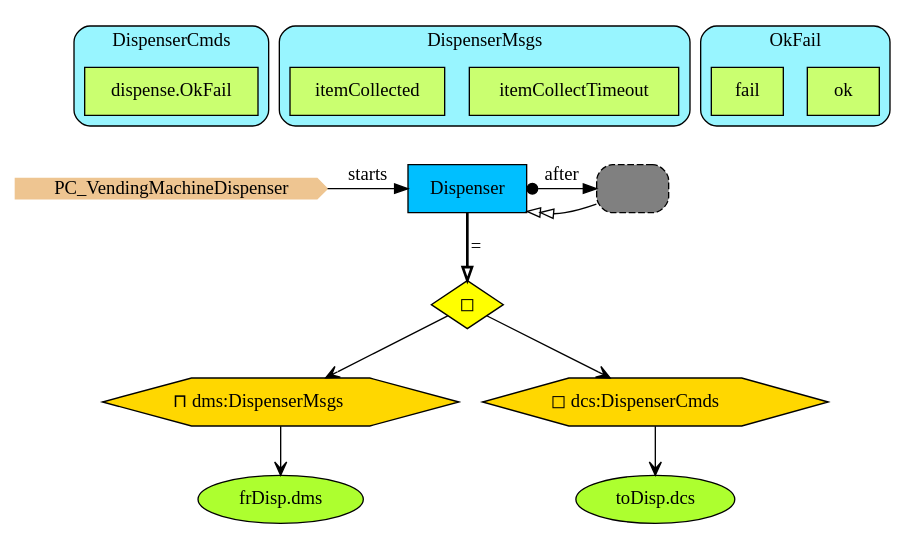
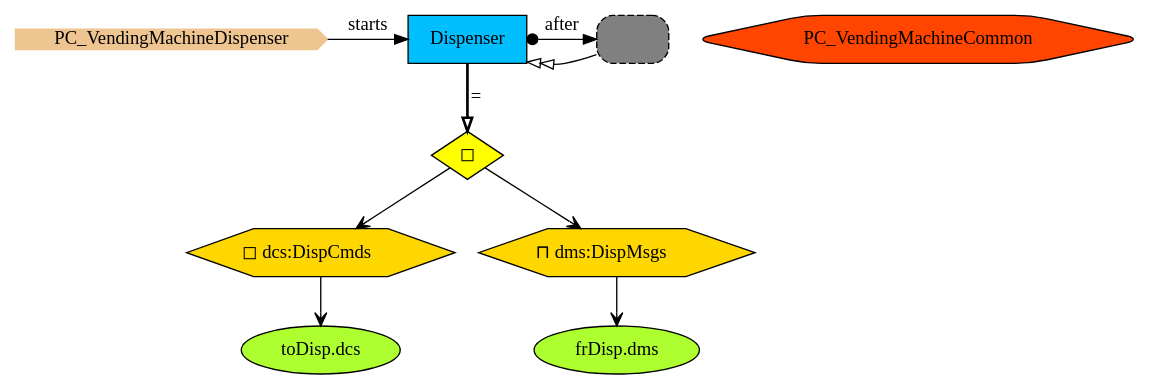
The diagram in Haskell/PCs/Examples/img/PC_VendingMachineDispenser.gv (namalio/Fragmenta), drawn with Graphviz before and after one commit. The commit also changed 100 other files, not shown here.

```diff
--- a/Haskell/PCs/Examples/img/PC_VendingMachineDispenser.gv
+++ b/Haskell/PCs/Examples/img/PC_VendingMachineDispenser.gv
@@ -1,48 +1,25 @@
 digraph {
-subgraph cluster_DispenserCmds {
-style="filled,rounded";
-label =DispenserCmds;
-fillcolor = cadetblue1;
-dispense[shape=box,fillcolor=darkolivegreen1,style="filled",label="dispense.OkFail"];
-}
 
-subgraph cluster_DispenserMsgs {
-style="filled,rounded";
-label =DispenserMsgs;
-fillcolor = cadetblue1;
-itemCollectTimeout[shape=box,fillcolor=darkolivegreen1,style="filled",label="itemCollectTimeout"];
-itemCollected[shape=box,fillcolor=darkolivegreen1,style="filled",label="itemCollected"];
-}
-
-subgraph cluster_OkFail {
-style="filled,rounded";
-label =OkFail;
-fillcolor = cadetblue1;
-ok[shape=box,fillcolor=darkolivegreen1,style="filled",label="ok"];
-fail[shape=box,fillcolor=darkolivegreen1,style="filled",label="fail"];
-}
-
-
-dispense->StartN_[style=invis]
 StartN_ [shape = cds,color=burlywood2,style=filled,height=.2,width=.2, label =PC_VendingMachineDispenser];
 
+VMCI [shape=hexagon,fillcolor=orangered,style="filled,rounded",label =PC_VendingMachineCommon];
+OpDispenser [shape=diamond,fillcolor=yellow,style=filled,label="◻︎"];
+DispO [shape=hexagon,fillcolor=gold1,style=filled,label=<◻︎ dcs:DispCmds>];
+ado [shape=ellipse,fillcolor=greenyellow,style=filled,label="toDisp.dcs"];
+RefDispenser [shape=rectangle,fillcolor=gray,style="rounded,filled,dashed",label=""];
+adi [shape=ellipse,fillcolor=greenyellow,style=filled,label="frDisp.dms"];
+DispI [shape=hexagon,fillcolor=gold1,style=filled,label=<⊓ dms:DispMsgs>];
 Dispenser [shape=box,fillcolor=deepskyblue,style = filled,label="Dispenser"];
-DispI [shape=hexagon,fillcolor=gold1,style=filled,label=<⊓ dms:DispenserMsgs>];
-adi [shape=ellipse,fillcolor=greenyellow,style=filled,label="frDisp.dms"];
-RefDispenser [shape=rectangle,fillcolor=gray,style="rounded,filled,dashed",label=""];
-ado [shape=ellipse,fillcolor=greenyellow,style=filled,label="toDisp.dcs"];
-DispO [shape=hexagon,fillcolor=gold1,style=filled,label=<◻︎ dcs:DispenserCmds>];
-OpDispenser [shape=diamond,fillcolor=yellow,style=filled,label="◻︎"];
 
 {rank=same;RefDispenser,Dispenser}
 {rank=same;Dispenser,StartN_}
 
 Dispenser->RefDispenser[arrowtail=dot,dir=both,label="after"];
 DispO->ado[arrowhead="open"];
 OpDispenser->DispO[arrowhead="open"];
 OpDispenser->DispI[arrowhead="open"];
 DispI->adi[arrowhead="open"];
 RefDispenser->Dispenser[arrowhead="normalnormal",fillcolor=white,label=" "];
 Dispenser->OpDispenser[arrowhead="onormal",penwidth=2,label="="];
 StartN_->Dispenser[label="starts"];
 }
```
